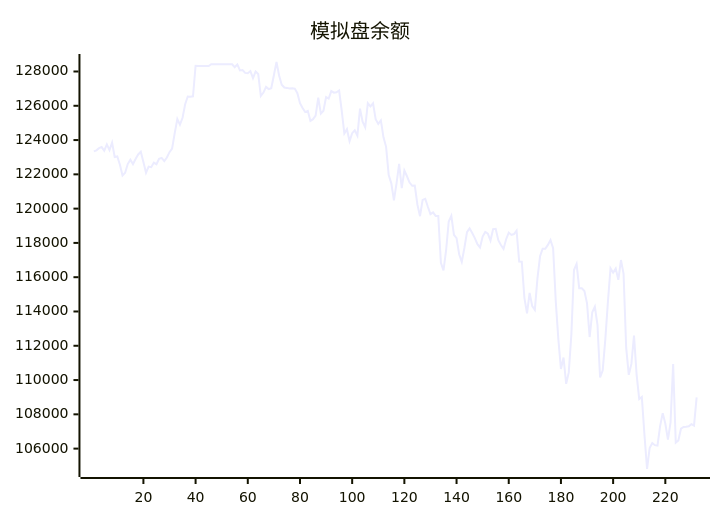
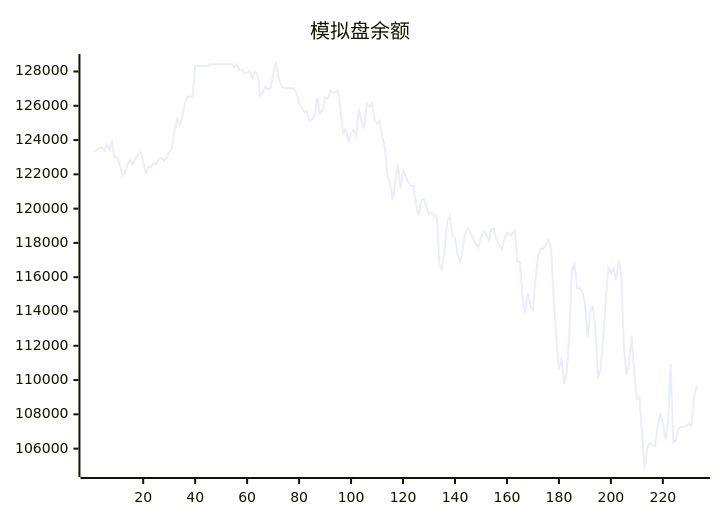
One commit to aahl/ai-trading changed the diagram in README.md. Above: the diagram before and after it, drawn with Mermaid. The commit also changed other lines of this file and 1 other file, not shown here.

````diff
--- a/README.md
+++ b/README.md
@@ -5,5 +5,5 @@
 ```mermaid
 xychart
     title "模拟盘余额"
-    line [123338,123402,123530,123592,123378,123745,123413,123853,123009,123040,122557,121938,122095,122599,122856,122597,122898,123160,123319,122719,122087,122454,122416,122685,122592,122907,122961,122776,122981,123295,123507,124403,125224,124894,125303,126088,126544,126534,126549,128335,128318,128318,128318,128318,128318,128424,128424,128424,128424,128424,128424,128424,128424,128424,128247,128412,128062,128087,127917,127901,128026,127611,128000,127850,126572,126770,127100,126971,127029,127783,128554,127765,127224,127064,127044,127009,127025,127004,126738,126152,125871,125635,125707,125117,125217,125420,126480,125545,125715,126511,126424,126856,126764,126788,126890,125710,124381,124632,123936,124402,124574,124256,125833,125070,124739,126154,125966,126145,125213,124943,125143,124157,123604,121959,121476,120476,121470,122610,121201,122221,121889,121522,121332,121344,120232,119559,120513,120577,120108,119680,119777,119572,119568,116839,116392,117573,119250,119585,118469,118277,117338,116897,117706,118628,118849,118579,118280,117926,117735,118373,118639,118544,118136,118798,118819,118162,117874,117649,118215,118601,118463,118517,118713,116911,116899,114798,113887,115084,114313,114091,115934,117221,117658,117658,117883,118164,117693,114632,112403,110644,111313,109777,110444,112673,116419,116772,115355,115355,115198,114476,112510,113954,114276,113223,110151,110561,112361,114562,116522,116265,116500,115845,117000,116199,111887,110306,110942,112588,110318,108891,109011,106814,104811,106038,106327,106201,106180,107315,108068,107463,106528,107530,110941,106346,106482,107161,107268,107270,107302,107426,107340,108985]
+    line [123338,123402,123530,123592,123378,123745,123413,123853,123009,123040,122557,121938,122095,122599,122856,122597,122898,123160,123319,122719,122087,122454,122416,122685,122592,122907,122961,122776,122981,123295,123507,124403,125224,124894,125303,126088,126544,126534,126549,128335,128318,128318,128318,128318,128318,128424,128424,128424,128424,128424,128424,128424,128424,128424,128247,128412,128062,128087,127917,127901,128026,127611,128000,127850,126572,126770,127100,126971,127029,127783,128554,127765,127224,127064,127044,127009,127025,127004,126738,126152,125871,125635,125707,125117,125217,125420,126480,125545,125715,126511,126424,126856,126764,126788,126890,125710,124381,124632,123936,124402,124574,124256,125833,125070,124739,126154,125966,126145,125213,124943,125143,124157,123604,121959,121476,120476,121470,122610,121201,122221,121889,121522,121332,121344,120232,119559,120513,120577,120108,119680,119777,119572,119568,116839,116392,117573,119250,119585,118469,118277,117338,116897,117706,118628,118849,118579,118280,117926,117735,118373,118639,118544,118136,118798,118819,118162,117874,117649,118215,118601,118463,118517,118713,116911,116899,114798,113887,115084,114313,114091,115934,117221,117658,117658,117883,118164,117693,114632,112403,110644,111313,109777,110444,112673,116419,116772,115355,115355,115198,114476,112510,113954,114276,113223,110151,110561,112361,114562,116522,116265,116500,115845,117000,116199,111887,110306,110942,112588,110318,108891,109011,106814,104811,106038,106327,106201,106180,107315,108068,107463,106528,107530,110941,106346,106482,107161,107268,107270,107302,107426,107340,108985,109681]
 ```
````
